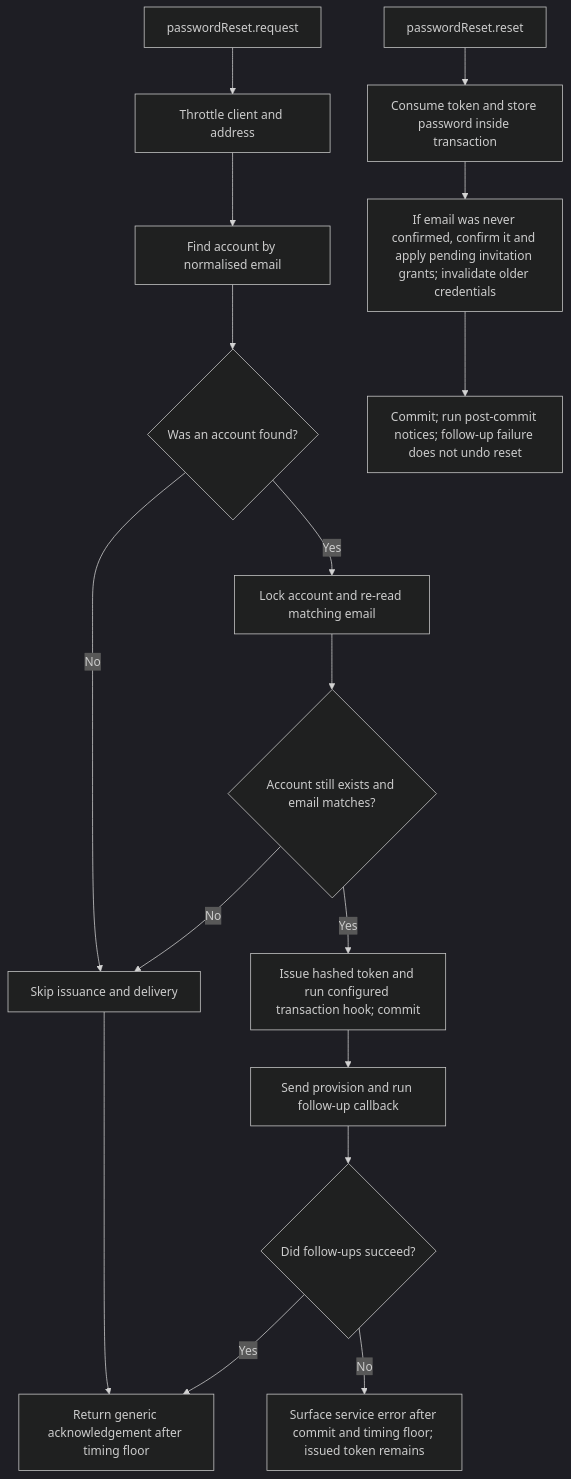
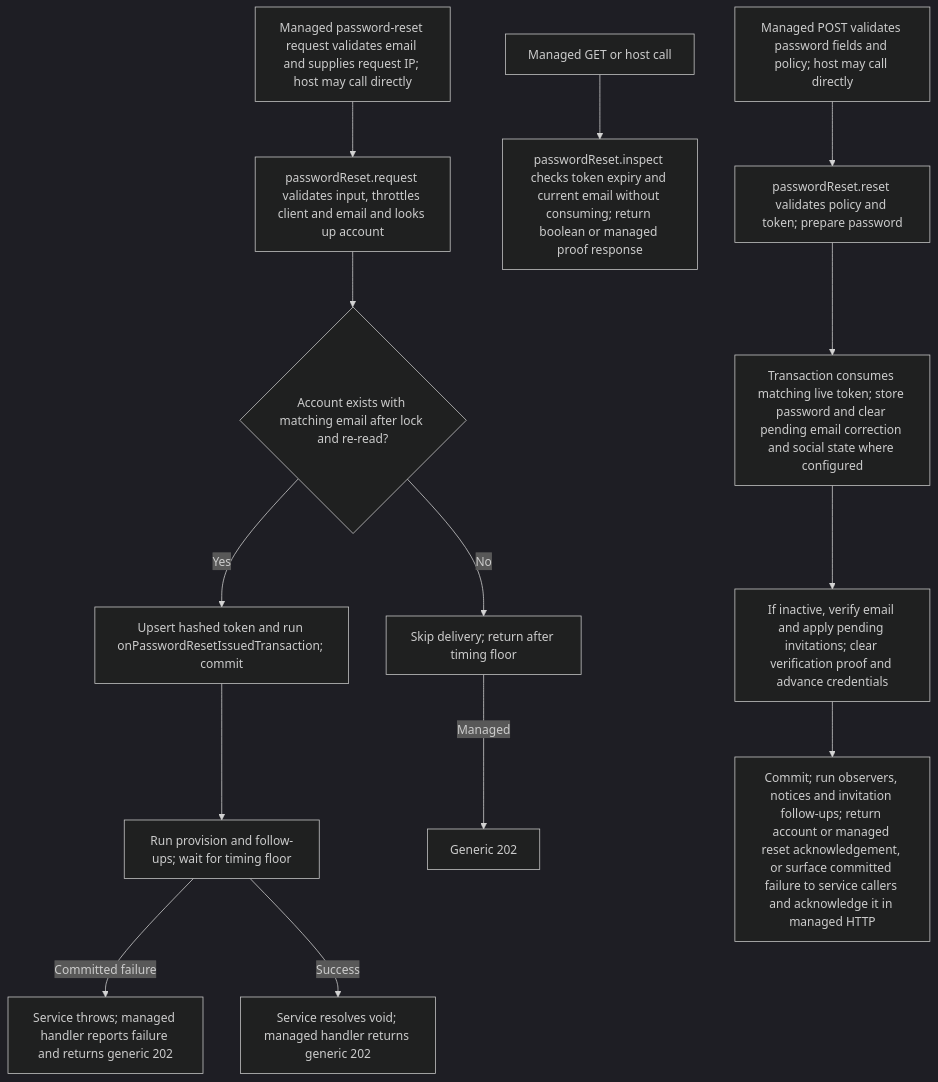
One commit to Kevinjohn/oss-adonisjs-account-kit changed the second of 2 diagrams in user-stories/US-ACCOUNT-01-recover-password.md. Above: the diagram before and after it, drawn with Mermaid (dark theme). The commit also changed other lines of this file and 70 other files, not shown here.

````diff
--- a/user-stories/US-ACCOUNT-01-recover-password.md
+++ b/user-stories/US-ACCOUNT-01-recover-password.md
@@ -38,19 +38,16 @@
 ```mermaid
 flowchart TD
- REQ["passwordReset.request"] --> REQ_THROTTLE["Throttle client and address"]
- REQ_THROTTLE --> REQ_LOOKUP["Find account by normalised email"]
- REQ_LOOKUP --> REQ_KNOWN{"Was an account found?"}
- REQ_KNOWN -->|No| REQ_SKIP["Skip issuance and delivery"]
- REQ_SKIP --> REQ_ACK["Return generic acknowledgement after timing floor"]
- REQ_KNOWN -->|Yes| REQ_LOCK["Lock account and re-read matching email"]
- REQ_LOCK --> REQ_MATCH{"Account still exists and email matches?"}
- REQ_MATCH -->|No| REQ_SKIP
- REQ_MATCH -->|Yes| REQ_ISSUE["Issue hashed token and run configured transaction hook; commit"]
- REQ_ISSUE --> REQ_FOLLOW["Send provision and run follow-up callback"]
- REQ_FOLLOW --> REQ_OK{"Did follow-ups succeed?"}
- REQ_OK -->|Yes| REQ_ACK
- REQ_OK -->|No| REQ_ERROR["Surface service error after commit and timing floor; issued token remains"]
- D["passwordReset.reset"] --> E["Consume token and store password inside transaction"]
- E --> F["If email was never confirmed, confirm it and apply pending invitation grants; invalidate older credentials"]
- F --> G["Commit; run post-commit notices; follow-up failure does not undo reset"]
+  A["Managed password-reset request validates email and supplies request IP; host may call directly"] --> B["passwordReset.request validates input, throttles client and email and looks up account"]
+  B --> C{"Account exists with matching email after lock and re-read?"}
+  C -->|No| D["Skip delivery; return after timing floor"]
+  C -->|Yes| E["Upsert hashed token and run onPasswordResetIssuedTransaction; commit"]
+  E --> F["Run provision and follow-ups; wait for timing floor"]
+  F -->|Committed failure| G["Service throws; managed handler reports failure and returns generic 202"]
+  D -->|Managed| H["Generic 202"]
+  F -->|Success| H2["Service resolves void; managed handler returns generic 202"]
+  I["Managed GET or host call"] --> J["passwordReset.inspect checks token expiry and current email without consuming; return boolean or managed proof response"]
+  K["Managed POST validates password fields and policy; host may call directly"] --> L["passwordReset.reset validates policy and token; prepare password"]
+  L --> M["Transaction consumes matching live token; store password and clear pending email correction and social state where configured"]
+  M --> N["If inactive, verify email and apply pending invitations; clear verification proof and advance credentials"]
+  N --> O["Commit; run observers, notices and invitation follow-ups; return account or managed reset acknowledgement, or surface committed failure to service callers and acknowledge it in managed HTTP"]
 ```
````
